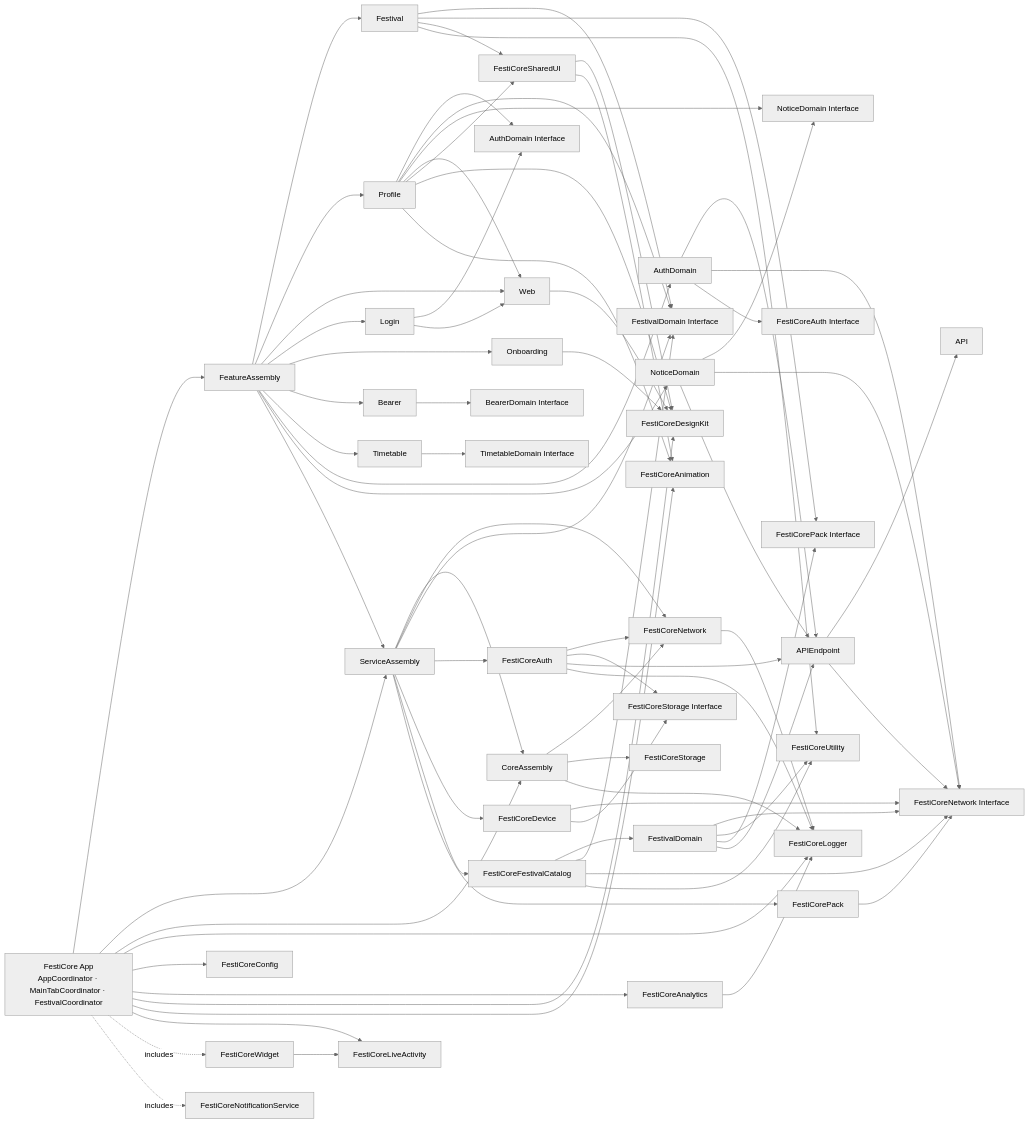
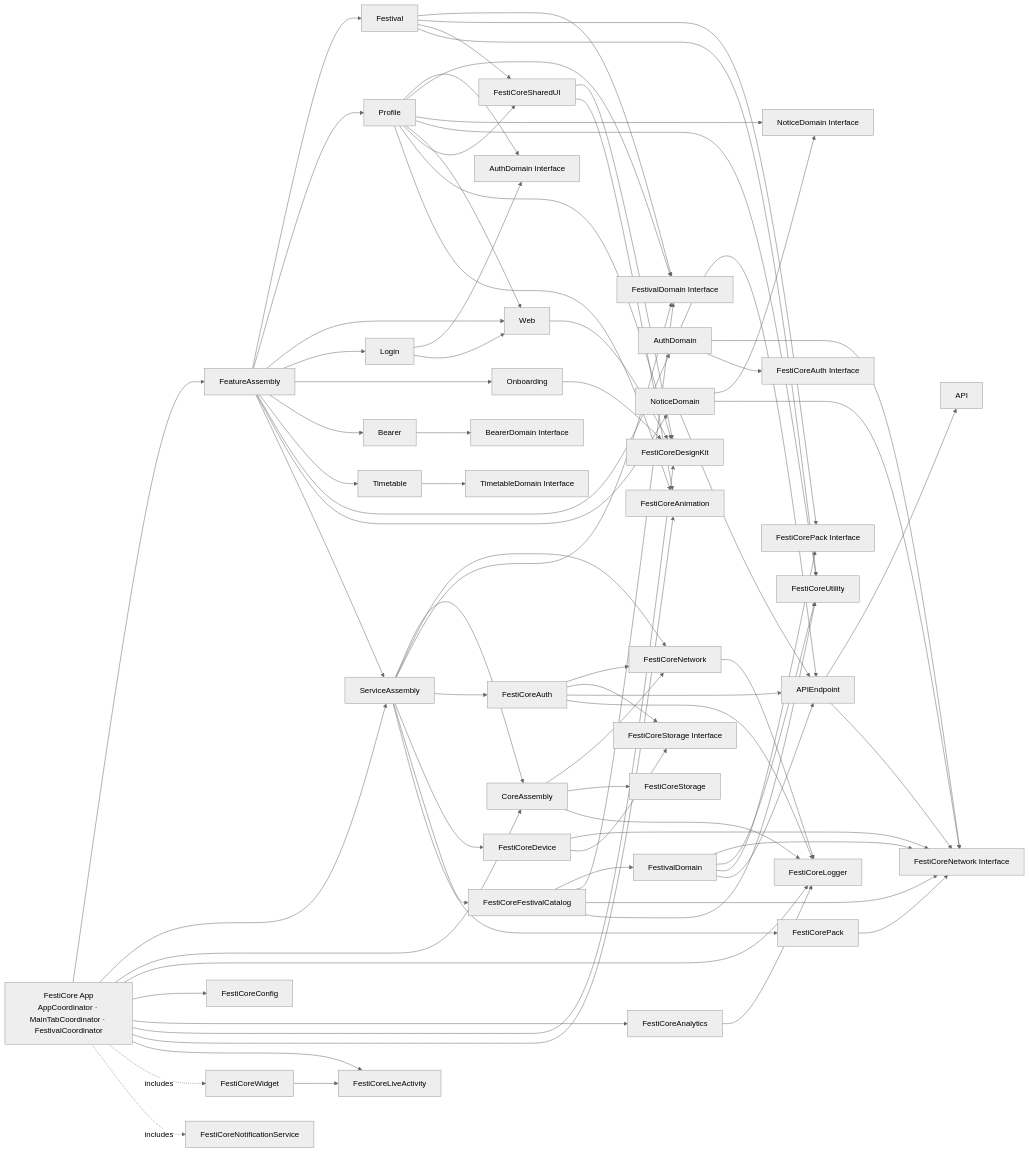
The diagram in docs/architecture/module-graph.mmd (FESTICORE/FestiCore-iOS), drawn with Mermaid (neutral theme) before and after one commit. The commit also changed 8 other files, not shown here.

```diff
--- a/docs/architecture/module-graph.mmd
+++ b/docs/architecture/module-graph.mmd
@@ -1,121 +1,122 @@
 flowchart LR
   App["FestiCore App<br/>AppCoordinator · MainTabCoordinator · FestivalCoordinator"]
   FeatureAssembly["FeatureAssembly"]
   Festival["Festival"]
   Profile["Profile"]
   Web["Web"]
   Login["Login"]
   Onboarding["Onboarding"]
   Bearer["Bearer"]
   Timetable["Timetable"]
   AuthDomain["AuthDomain"]
   FestivalDomain["FestivalDomain"]
   NoticeDomain["NoticeDomain"]
   NoticeDomainInterface["NoticeDomain Interface"]
   FestivalDomainInterface["FestivalDomain Interface"]
   BearerDomainInterface["BearerDomain Interface"]
   TimetableDomainInterface["TimetableDomain Interface"]
   AuthDomainInterface["AuthDomain Interface"]
   PackInterface["FestiCorePack Interface"]
   ServiceAssembly["ServiceAssembly"]
   API["API"]
   Auth["FestiCoreAuth"]
   Analytics["FestiCoreAnalytics"]
   Config["FestiCoreConfig"]
   Device["FestiCoreDevice"]
   Catalog["FestiCoreFestivalCatalog"]
   Pack["FestiCorePack"]
   Network["FestiCoreNetwork"]
   StorageInterface["FestiCoreStorage Interface"]
   Storage["FestiCoreStorage"]
   Logger["FestiCoreLogger"]
   Utility["FestiCoreUtility"]
   LiveActivity["FestiCoreLiveActivity"]
   Animation["FestiCoreAnimation"]
   CoreAssembly["CoreAssembly"]
   APIEndpoint["APIEndpoint"]
   NetworkInterface["FestiCoreNetwork Interface"]
   SharedUI["FestiCoreSharedUI"]
   Design["FestiCoreDesignKit"]
   Widget["FestiCoreWidget"]
   Notification["FestiCoreNotificationService"]
 
   App --> FeatureAssembly
   App --> ServiceAssembly
   App --> CoreAssembly
   App --> Logger
   App --> Config
   App --> Analytics
   App --> Design
   App --> Animation
   App --> LiveActivity
   App -. includes .-> Widget
   App -. includes .-> Notification
 
   FeatureAssembly --> Festival
   FeatureAssembly --> Profile
   FeatureAssembly --> Web
   FeatureAssembly --> Login
   FeatureAssembly --> Onboarding
   FeatureAssembly --> Bearer
   FeatureAssembly --> Timetable
   FeatureAssembly --> AuthDomain
   FeatureAssembly --> NoticeDomain
   FeatureAssembly --> ServiceAssembly
 
   Festival --> FestivalDomainInterface
   Festival --> PackInterface
   Festival --> SharedUI
   Festival --> Utility
   Profile --> AuthDomainInterface
   Profile --> FestivalDomainInterface
   Profile --> NoticeDomainInterface
+  Profile --> Utility
   Profile --> Web
   Profile --> SharedUI
   Profile --> Design
   Profile --> Animation
   Login --> AuthDomainInterface
   Login --> Web
   Bearer --> BearerDomainInterface
   Timetable --> TimetableDomainInterface
   Onboarding --> Design
   Web --> Design
   SharedUI --> Design
 
   AuthDomain --> APIEndpoint
   AuthDomain --> NetworkInterface
   AuthDomain --> AuthInterface["FestiCoreAuth Interface"]
   FestivalDomain --> NetworkInterface
   FestivalDomain --> Utility
   FestivalDomain --> PackInterface
   FestivalDomain --> APIEndpoint
   NoticeDomain --> NoticeDomainInterface
   NoticeDomain --> NetworkInterface
   NoticeDomain --> APIEndpoint
   ServiceAssembly --> CoreAssembly
   ServiceAssembly --> Network
   ServiceAssembly --> FestivalDomainInterface
   ServiceAssembly --> Auth
   ServiceAssembly --> Device
   ServiceAssembly --> Catalog
   ServiceAssembly --> Pack
   Catalog --> FestivalDomain
   Catalog --> FestivalDomainInterface
   Catalog --> NetworkInterface
   Catalog --> Utility
   Auth --> Network
   Auth --> StorageInterface
   Auth --> APIEndpoint
   Auth --> Logger
   Device --> NetworkInterface
   Device --> StorageInterface
   Pack --> NetworkInterface
   Analytics --> Logger
   APIEndpoint --> API
   APIEndpoint --> NetworkInterface
   CoreAssembly --> Network
   CoreAssembly --> Storage
   CoreAssembly --> Logger
   Network --> Logger
   SharedUI --> Animation
   Widget --> LiveActivity
```
